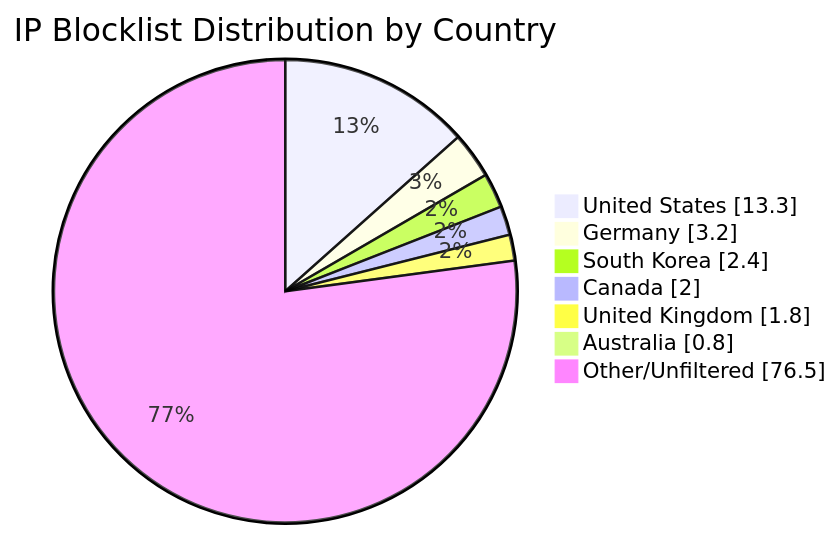
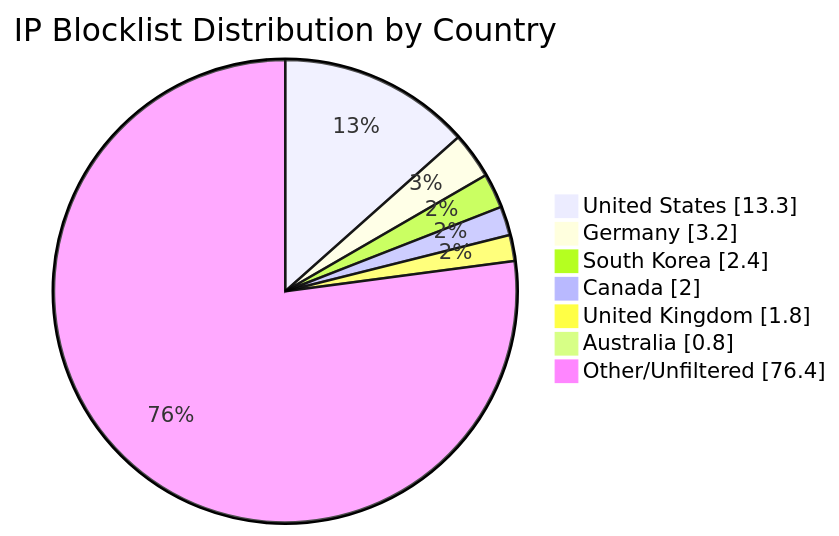
The diagram in README.md (MarcusHoltz/ipblocklist-geofiltered-aggregator), drawn with Mermaid before and after one commit. The commit also changed other lines of this file and 9 other files, not shown here.

````diff
--- a/README.md
+++ b/README.md
@@ -34,10 +34,10 @@
 ```mermaid
 pie showData title IP Blocklist Distribution by Country
 "United States" : 13.3
 "Germany" : 3.2
 "South Korea" : 2.4
 "Canada" : 2.0
 "United Kingdom" : 1.8
 "Australia" : 0.8
-"Other/Unfiltered" : 76.5
+"Other/Unfiltered" : 76.4
 ```
````
